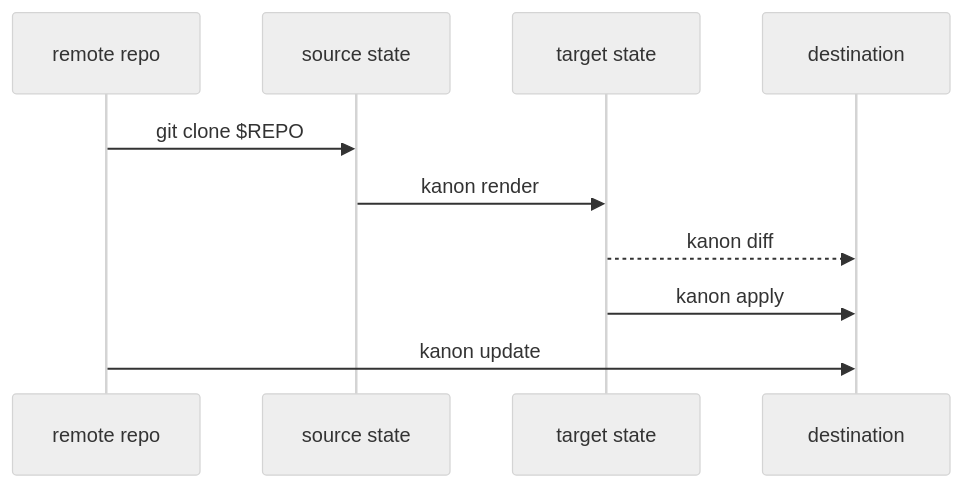
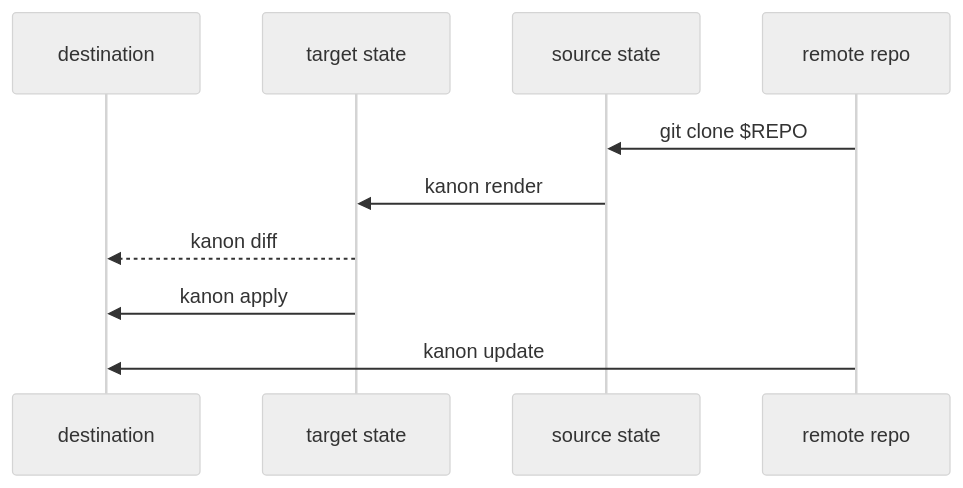
The second of 2 diagrams in README.md (kelos-dev/kanon), drawn with Mermaid (neutral theme) before and after one commit. The commit also changed other lines of this file, not shown here.

Commit message:
Match chezmoi participant order (destination left, remote right)

````diff
--- a/README.md
+++ b/README.md
@@ -40,12 +40,12 @@
 ```mermaid
 sequenceDiagram
+    participant D as destination
+    participant T as target state
+    participant S as source state
     participant R as remote repo
-    participant S as source state
-    participant T as target state
-    participant D as destination
     R->>S: git clone $REPO
     S->>T: kanon render
     T-->>D: kanon diff
     T->>D: kanon apply
     R->>D: kanon update
 ```
````
